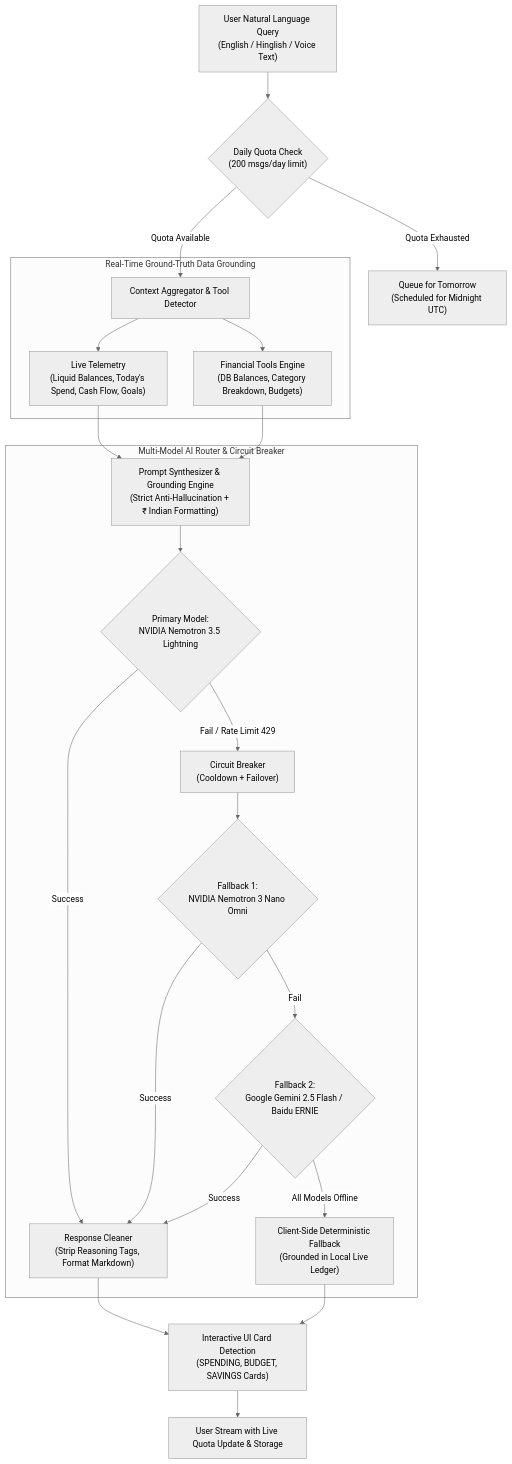
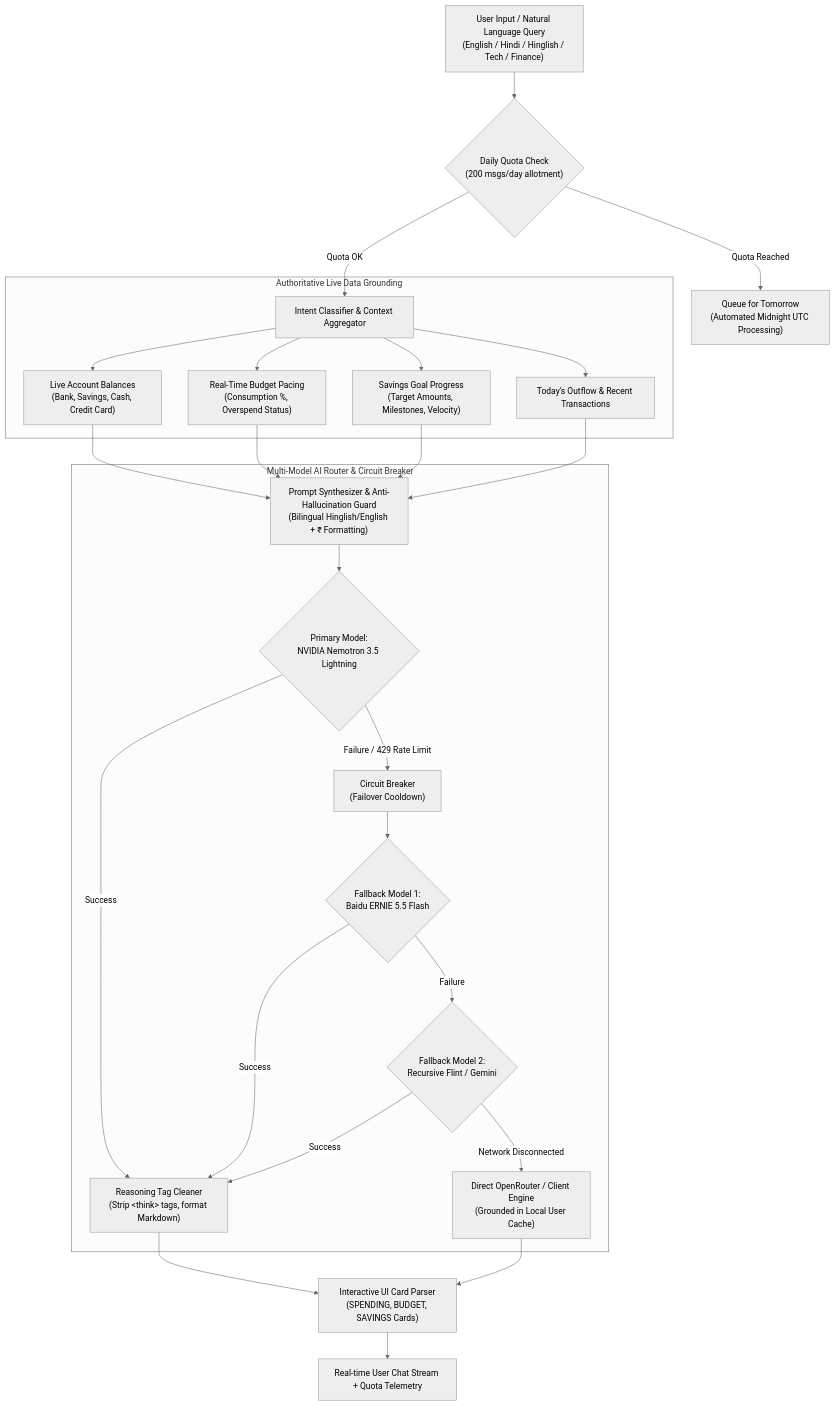
The first of 2 diagrams in README.md (void-dev01/SpendX), drawn with Mermaid (neutral theme) before and after one commit. The commit also changed other lines of this file and 7 other files, not shown here.

````diff
--- a/README.md
+++ b/README.md
@@ -27,30 +33,34 @@
 ```mermaid
 flowchart TD
-    UserQuery["User Natural Language Query<br/>(English / Hinglish / Voice Text)"] --> QuotaCheck{"Daily Quota Check<br/>(200 msgs/day limit)"}
+    UserQuery["User Input / Natural Language Query<br/>(English / Hindi / Hinglish / Tech / Finance)"] --> QuotaCheck{"Daily Quota Check<br/>(200 msgs/day allotment)"}
     
-    QuotaCheck -->|Quota Exhausted| QueueTomorrow["Queue for Tomorrow<br/>(Scheduled for Midnight UTC)"]
-    QuotaCheck -->|Quota Available| ContextAggregator["Context Aggregator & Tool Detector"]
+    QuotaCheck -->|Quota Reached| QueueTomorrow["Queue for Tomorrow<br/>(Automated Midnight UTC Processing)"]
+    QuotaCheck -->|Quota OK| IntentClassifier["Intent Classifier & Context Aggregator"]
 
-    subgraph Grounding ["Real-Time Ground-Truth Data Grounding"]
-        ContextAggregator --> ClientContext["Live Telemetry<br/>(Liquid Balances, Today's Spend, Cash Flow, Goals)"]
-        ContextAggregator --> ToolEngine["Financial Tools Engine<br/>(DB Balances, Category Breakdown, Budgets)"]
+    subgraph DataGrounding ["Authoritative Live Data Grounding"]
+        IntentClassifier --> LiveLedger["Live Account Balances<br/>(Bank, Savings, Cash, Credit Card)"]
+        IntentClassifier --> BudgetPacing["Real-Time Budget Pacing<br/>(Consumption %, Overspend Status)"]
+        IntentClassifier --> SavingsTelemetry["Savings Goal Progress<br/>(Target Amounts, Milestones, Velocity)"]
+        IntentClassifier --> OutflowPulse["Today's Outflow & Recent Transactions"]
     end
 
-    ClientContext --> PromptSynthesizer["Prompt Synthesizer & Grounding Engine<br/>(Strict Anti-Hallucination + ₹ Indian Formatting)"]
-    ToolEngine --> PromptSynthesizer
+    LiveLedger --> PromptEngine["Prompt Synthesizer & Anti-Hallucination Guard<br/>(Bilingual Hinglish/English + ₹ Formatting)"]
+    BudgetPacing --> PromptEngine
+    SavingsTelemetry --> PromptEngine
+    OutflowPulse --> PromptEngine
 
-    subgraph RouterEngine ["Multi-Model AI Router & Circuit Breaker"]
-        PromptSynthesizer --> Model1{"Primary Model:<br/>NVIDIA Nemotron 3.5 Lightning"}
-        Model1 -->|Success| CleanFormat["Response Cleaner<br/>(Strip Reasoning Tags, Format Markdown)"]
-        Model1 -->|Fail / Rate Limit 429| CB1["Circuit Breaker<br/>(Cooldown + Failover)"]
-        CB1 --> Model2{"Fallback 1:<br/>NVIDIA Nemotron 3 Nano Omni"}
-        Model2 -->|Success| CleanFormat
-        Model2 -->|Fail| Model3{"Fallback 2:<br/>Google Gemini 2.5 Flash / Baidu ERNIE"}
-        Model3 -->|Success| CleanFormat
-        Model3 -->|All Models Offline| ClientFallback["Client-Side Deterministic Fallback<br/>(Grounded in Local Live Ledger)"]
+    subgraph Orchestrator ["Multi-Model AI Router & Circuit Breaker"]
+        PromptEngine --> Model1{"Primary Model:<br/>NVIDIA Nemotron 3.5 Lightning"}
+        Model1 -->|Success| ResponseCleaner["Reasoning Tag Cleaner<br/>(Strip &lt;think&gt; tags, format Markdown)"]
+        Model1 -->|Failure / 429 Rate Limit| CircuitBreaker["Circuit Breaker<br/>(Failover Cooldown)"]
+        CircuitBreaker --> Model2{"Fallback Model 1:<br/>Baidu ERNIE 5.5 Flash"}
+        Model2 -->|Success| ResponseCleaner
+        Model2 -->|Failure| Model3{"Fallback Model 2:<br/>Recursive Flint / Gemini"}
+        Model3 -->|Success| ResponseCleaner
+        Model3 -->|Network Disconnected| ClientDirect["Direct OpenRouter / Client Engine<br/>(Grounded in Local User Cache)"]
     end
 
-    CleanFormat --> AnswerCard["Interactive UI Card Detection<br/>(SPENDING, BUDGET, SAVINGS Cards)"]
-    ClientFallback --> AnswerCard
-    AnswerCard --> FinalOutput["User Stream with Live Quota Update & Storage"]
+    ResponseCleaner --> AnswerCard["Interactive UI Card Parser<br/>(SPENDING, BUDGET, SAVINGS Cards)"]
+    ClientDirect --> AnswerCard
+    AnswerCard --> StreamOutput["Real-time User Chat Stream + Quota Telemetry"]
 ```
````
